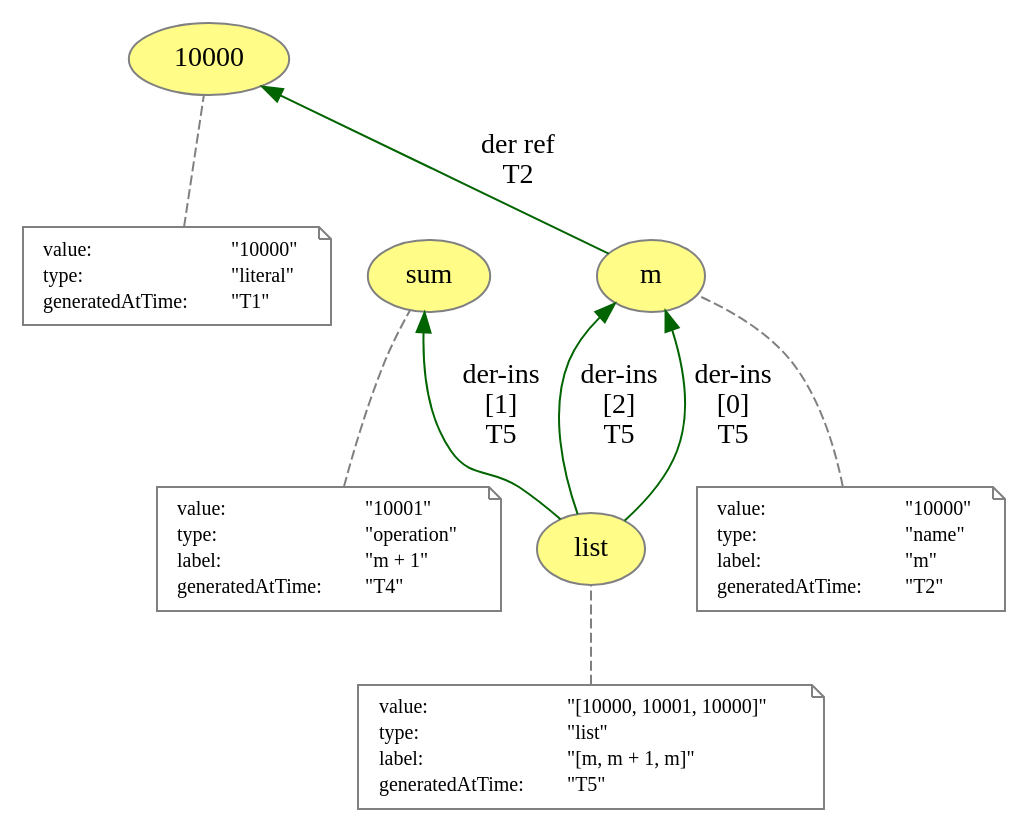
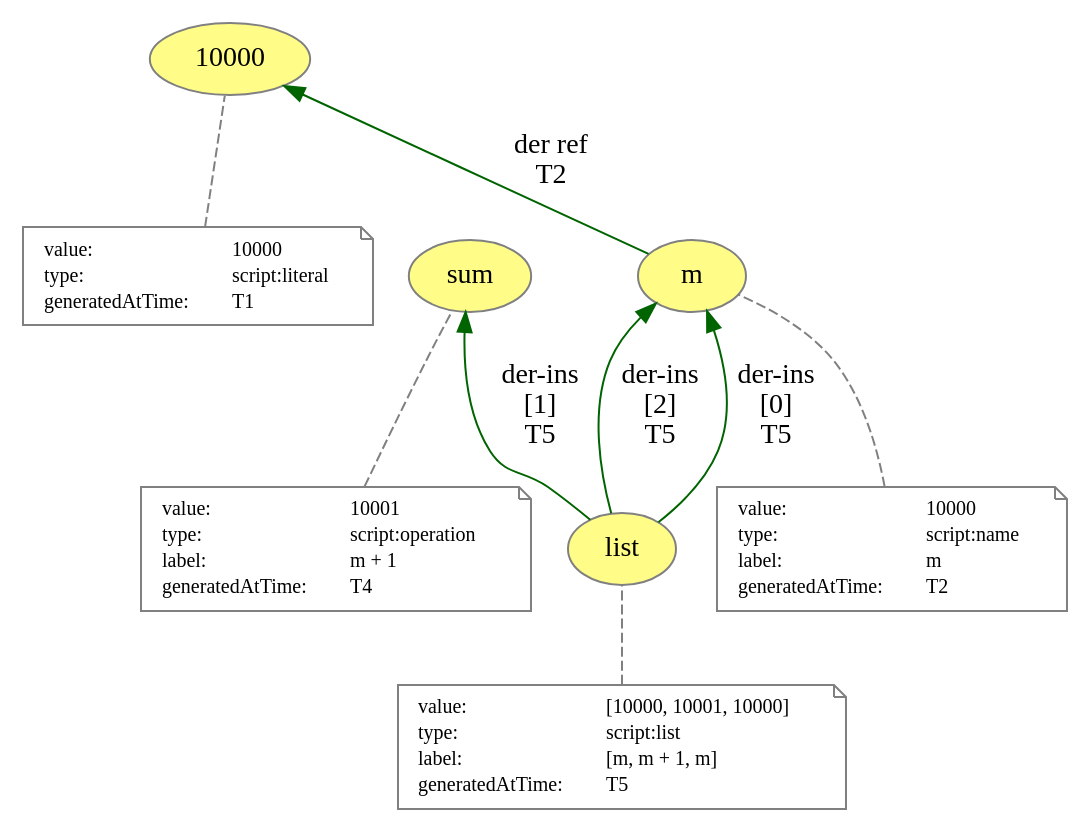
One commit to dew-uff/versioned-prov changed the diagram in images/versioned_prov/list.dot. Above: the diagram before and after it, drawn with Graphviz. The commit also changed 61 other files, not shown here.

```diff
--- a/images/versioned_prov/list.dot
+++ b/images/versioned_prov/list.dot
@@ -1,89 +1,89 @@
 digraph "PROV" { size="16,12"; rankdir="BT";
 "http://example.org/10000" [fillcolor="#FFFC87",color="#808080",style="filled",label="10000",URL="http://example.org/10000"]
 "-attrs0" [color="gray",shape="note",fontsize="10",fontcolor="black",label=<<TABLE cellpadding="0" border="0">
 	<TR>
 	    <TD align="left">value:</TD>
-	    <TD align="left">&quot;10000&quot;</TD>
+	    <TD align="left">10000</TD>
 	</TR>
 	<TR>
 	    <TD align="left">type:</TD>
-	    <TD align="left">&quot;literal&quot;</TD>
+	    <TD align="left">script:literal</TD>
 	</TR>
 	<TR>
 	    <TD align="left">generatedAtTime:</TD>
-	    <TD align="left">&quot;T1&quot;</TD>
+	    <TD align="left">T1</TD>
 	</TR>
 </TABLE>>]
 "-attrs0" -> "http://example.org/10000" [color="gray",style="dashed",arrowhead="none"]
 "http://example.org/m" [fillcolor="#FFFC87",color="#808080",style="filled",label="m",URL="http://example.org/m"]
 "-attrs1" [color="gray",shape="note",fontsize="10",fontcolor="black",label=<<TABLE cellpadding="0" border="0">
 	<TR>
 	    <TD align="left">value:</TD>
-	    <TD align="left">&quot;10000&quot;</TD>
+	    <TD align="left">10000</TD>
 	</TR>
 	<TR>
 	    <TD align="left">type:</TD>
-	    <TD align="left">&quot;name&quot;</TD>
+	    <TD align="left">script:name</TD>
 	</TR>
 	<TR>
 	    <TD align="left">label:</TD>
-	    <TD align="left">&quot;m&quot;</TD>
+	    <TD align="left">m</TD>
 	</TR>
 	<TR>
 	    <TD align="left">generatedAtTime:</TD>
-	    <TD align="left">&quot;T2&quot;</TD>
+	    <TD align="left">T2</TD>
 	</TR>
 </TABLE>>]
 "-attrs1" -> "http://example.org/m" [color="gray",style="dashed",arrowhead="none"]
 "http://example.org/m" -> "http://example.org/10000" [labelfontsize="8",labeldistance="1.5",color="darkgreen",labelangle="60.0",rotation="20",label="der ref
 T2"]
 "http://example.org/sum" [fillcolor="#FFFC87",color="#808080",style="filled",label="sum",URL="http://example.org/sum"]
 "-attrs2" [color="gray",shape="note",fontsize="10",fontcolor="black",label=<<TABLE cellpadding="0" border="0">
 	<TR>
 	    <TD align="left">value:</TD>
-	    <TD align="left">&quot;10001&quot;</TD>
+	    <TD align="left">10001</TD>
 	</TR>
 	<TR>
 	    <TD align="left">type:</TD>
-	    <TD align="left">&quot;operation&quot;</TD>
+	    <TD align="left">script:operation</TD>
 	</TR>
 	<TR>
 	    <TD align="left">label:</TD>
-	    <TD align="left">&quot;m + 1&quot;</TD>
+	    <TD align="left">m + 1</TD>
 	</TR>
 	<TR>
 	    <TD align="left">generatedAtTime:</TD>
-	    <TD align="left">&quot;T4&quot;</TD>
+	    <TD align="left">T4</TD>
 	</TR>
 </TABLE>>]
 "-attrs2" -> "http://example.org/sum" [color="gray",style="dashed",arrowhead="none"]
 "http://example.org/list" [fillcolor="#FFFC87",color="#808080",style="filled",label="list",URL="http://example.org/list"]
 "-attrs3" [color="gray",shape="note",fontsize="10",fontcolor="black",label=<<TABLE cellpadding="0" border="0">
 	<TR>
 	    <TD align="left">value:</TD>
-	    <TD align="left">&quot;[10000, 10001, 10000]&quot;</TD>
+	    <TD align="left">[10000, 10001, 10000]</TD>
 	</TR>
 	<TR>
 	    <TD align="left">type:</TD>
-	    <TD align="left">&quot;list&quot;</TD>
+	    <TD align="left">script:list</TD>
 	</TR>
 	<TR>
 	    <TD align="left">label:</TD>
-	    <TD align="left">&quot;[m, m + 1, m]&quot;</TD>
+	    <TD align="left">[m, m + 1, m]</TD>
 	</TR>
 	<TR>
 	    <TD align="left">generatedAtTime:</TD>
-	    <TD align="left">&quot;T5&quot;</TD>
+	    <TD align="left">T5</TD>
 	</TR>
 </TABLE>>]
 "-attrs3" -> "http://example.org/list" [color="gray",style="dashed",arrowhead="none"]
 "http://example.org/list" -> "http://example.org/m" [labelfontsize="8",labeldistance="1.5",color="darkgreen",labelangle="60.0",rotation="20",label="der-ins
 [0]
 T5"]
 "http://example.org/list" -> "http://example.org/sum" [labelfontsize="8",labeldistance="1.5",color="darkgreen",labelangle="60.0",rotation="20",label="der-ins
 [1]
 T5"]
 "http://example.org/list" -> "http://example.org/m" [labelfontsize="8",labeldistance="1.5",color="darkgreen",labelangle="60.0",rotation="20",label="der-ins
 [2]
 T5"]
 }
```
